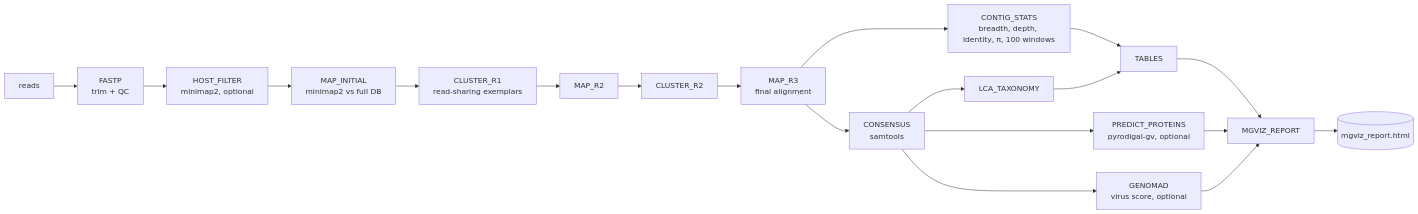
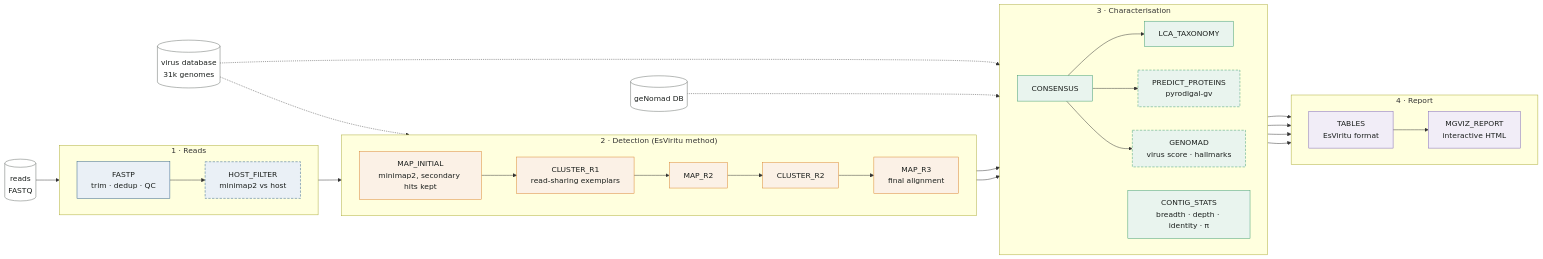
One commit to loukesio/mgviz changed the diagram in README.md. Above: the diagram before and after it, drawn with Mermaid. The commit also changed other lines of this file and 60 other files, not shown here.

First line of the commit message:
Lay the pipeline out nf-core style with schema validation, a test profile and docs

````diff
--- a/README.md
+++ b/README.md
@@ -44,21 +71,60 @@
 ```mermaid
 flowchart LR
-    R[reads] --> F[FASTP<br/>trim + QC]
-    F --> H[HOST_FILTER<br/>minimap2, optional]
-    H --> M1[MAP_INITIAL<br/>minimap2 vs full DB]
-    M1 --> C1[CLUSTER_R1<br/>read-sharing exemplars]
-    C1 --> M2[MAP_R2]
-    M2 --> C2[CLUSTER_R2]
-    C2 --> M3[MAP_R3<br/>final alignment]
-    M3 --> CO[CONSENSUS<br/>samtools]
-    M3 --> ST[CONTIG_STATS<br/>breadth, depth, identity, π, 100 windows]
-    CO --> LCA[LCA_TAXONOMY]
-    CO --> PP[PREDICT_PROTEINS<br/>pyrodigal-gv, optional]
-    CO --> GN[GENOMAD<br/>virus score, optional]
-    ST --> T[TABLES]
+    classDef qc   fill:#eaf0f6,stroke:#2b5d86,color:#1c201e
+    classDef det  fill:#fbf1e6,stroke:#d9822b,color:#1c201e
+    classDef chr  fill:#e9f4ee,stroke:#3a9a6e,color:#1c201e
+    classDef rep  fill:#f1edf7,stroke:#7b63b8,color:#1c201e
+    classDef data fill:#ffffff,stroke:#636a66,color:#1c201e
+    classDef opt  stroke-dasharray:5 3
+
+    reads[("reads<br/>FASTQ")]:::data
+    db[("virus database<br/>31k genomes")]:::data
+    gdb[("geNomad DB")]:::data
+
+    subgraph S1["1 · Reads"]
+        direction LR
+        F["FASTP<br/>trim · dedup · QC"]:::qc
+        H["HOST_FILTER<br/>minimap2 vs host"]:::qc
+        F --> H
+    end
+    subgraph S2["2 · Detection (EsViritu method)"]
+        direction LR
+        M1["MAP_INITIAL<br/>minimap2, secondary hits kept"]:::det
+        C1["CLUSTER_R1<br/>read-sharing exemplars"]:::det
+        M2["MAP_R2"]:::det
+        C2["CLUSTER_R2"]:::det
+        M3["MAP_R3<br/>final alignment"]:::det
+        M1 --> C1 --> M2 --> C2 --> M3
+    end
+    subgraph S3["3 · Characterisation"]
+        direction LR
+        CO["CONSENSUS"]:::chr
+        ST["CONTIG_STATS<br/>breadth · depth · identity · π"]:::chr
+        LCA["LCA_TAXONOMY"]:::chr
+        PP["PREDICT_PROTEINS<br/>pyrodigal-gv"]:::chr
+        GN["GENOMAD<br/>virus score · hallmarks"]:::chr
+        CO --> LCA
+        CO --> PP
+        CO --> GN
+    end
+    subgraph S4["4 · Report"]
+        direction LR
+        T["TABLES<br/>EsViritu format"]:::rep
+        REP["MGVIZ_REPORT<br/>interactive HTML"]:::rep
+        T --> REP
+    end
+
+    reads --> F
+    H --> M1
+    db -.-> M1
+    db -.-> LCA
+    gdb -.-> GN
+    M3 --> CO
+    M3 --> ST
+    ST --> T
     LCA --> T
-    T --> REP[MGVIZ_REPORT]
     PP --> REP
     GN --> REP
-    REP --> HTML[(mgviz_report.html)]
+
+    class H,PP,GN opt
 ```
````
